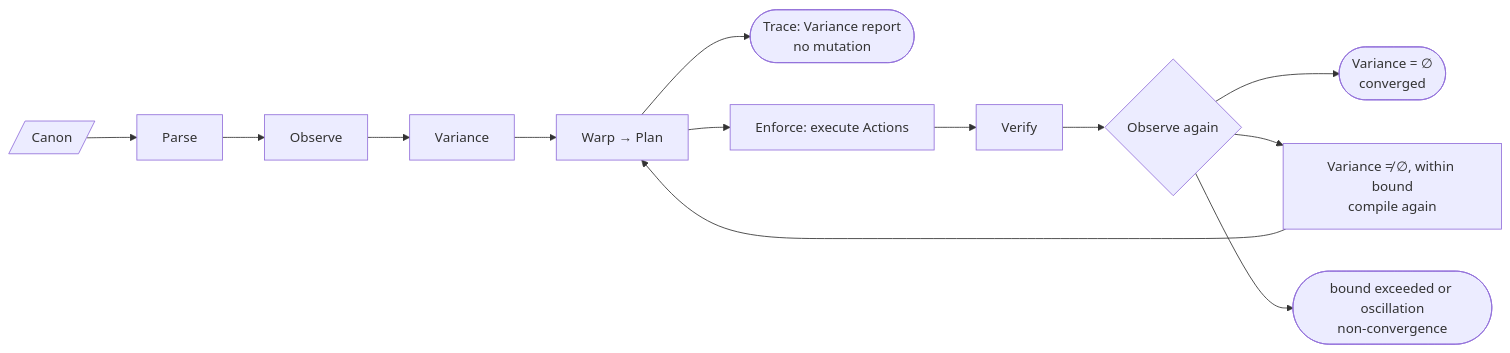
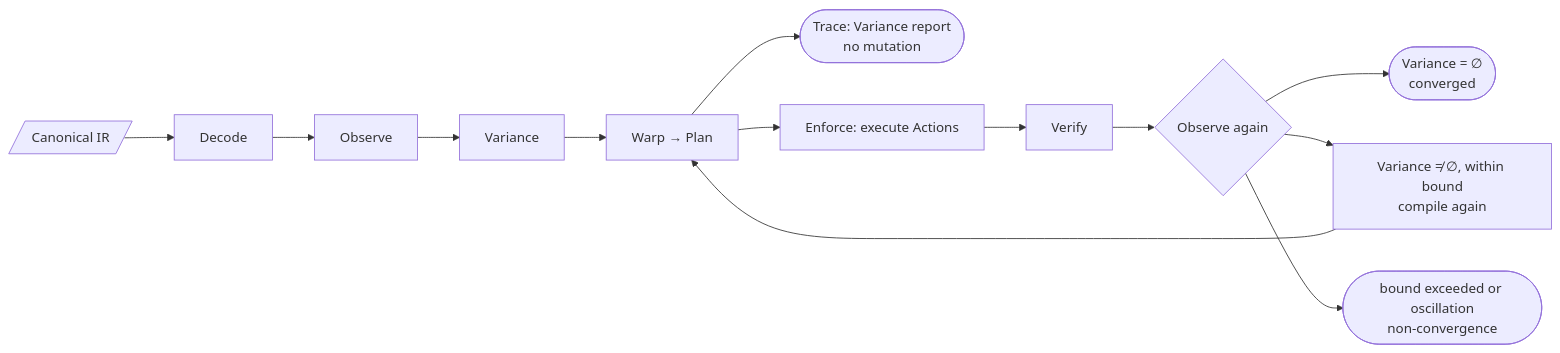
The second of 8 diagrams in docs/architecture/runtime.md (kmosoti/Nomos), drawn with Mermaid before and after one commit. The commit also changed other lines of this file and 9 other files, not shown here.

````diff
--- a/docs/architecture/runtime.md
+++ b/docs/architecture/runtime.md
@@ -20,9 +20,9 @@
 ```mermaid
 flowchart LR
-    C[/"Canon"/] --> Parse --> Observe --> Diff["Variance"] --> Compile["Warp → Plan"]
+    C[/"Canonical IR"/] --> Decode --> Observe --> Diff["Variance"] --> Compile["Warp → Plan"]
     Compile --> Report(["Trace: Variance report<br/>no mutation"])
     Compile --> Execute["Enforce: execute Actions"] --> Verify --> Observe2{"Observe again"}
     Observe2 --> Converged(["Variance = ∅<br/>converged"])
     Observe2 --> Again["Variance ≠ ∅, within bound<br/>compile again"] --> Compile
     Observe2 --> NC(["bound exceeded or oscillation<br/>non-convergence"])
 ```
````
